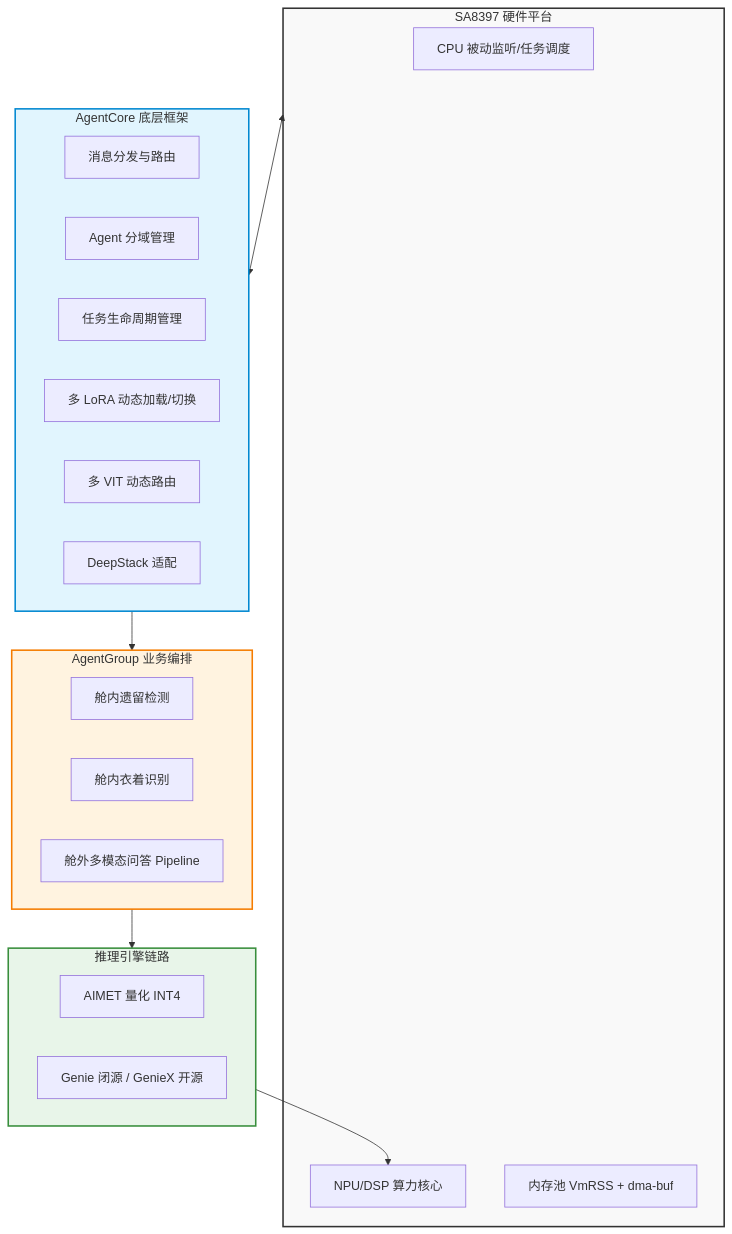
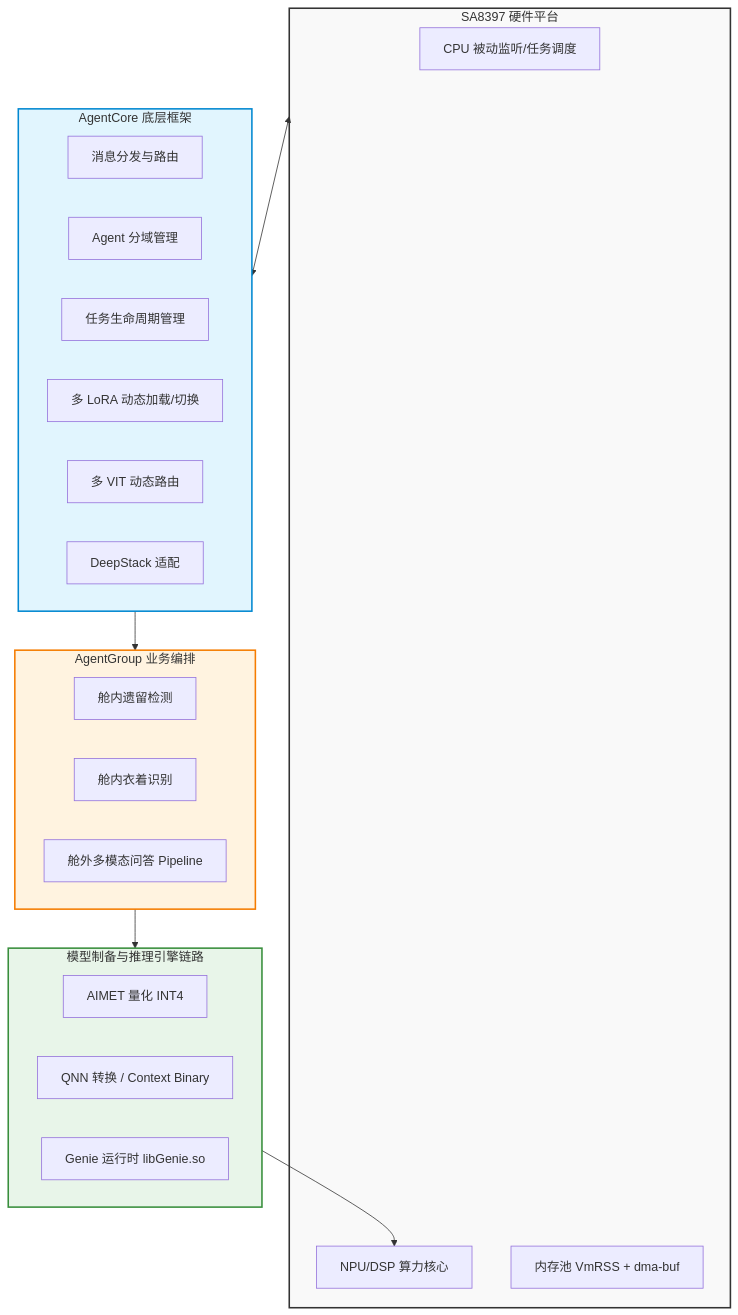
The first of 4 diagrams in cockpit/projects/lantu/genai-architecture.md (ranpin/edge-ai-docs), drawn with Mermaid before and after one commit. The commit also changed other lines of this file and 10 other files, not shown here.

First line of the commit message:
refactor: 岚图项目层专家级修订（8→7 篇收敛 + 数据严谨性 + 车规内容充实）

````diff
--- a/cockpit/projects/lantu/genai-architecture.md
+++ b/cockpit/projects/lantu/genai-architecture.md
@@ -32,38 +37,39 @@
 ```mermaid
 graph TD
     subgraph Hardware [SA8397 硬件平台]
         CPU[CPU 被动监听/任务调度]
         NPU[NPU/DSP 算力核心]
         MEM[内存池 VmRSS + dma-buf]
     end
 
     subgraph AgentCore [AgentCore 底层框架]
         Msg[消息分发与路由]
         Domain[Agent 分域管理]
         Task[任务生命周期管理]
         LoRA[多 LoRA 动态加载/切换]
         VIT_R[多 VIT 动态路由]
         Deep[DeepStack 适配]
     end
 
     subgraph AgentGroup [AgentGroup 业务编排]
         Cabin_Left[舱内遗留检测]
         Cabin_Cloth[舱内衣着识别]
         Outside_QA[舱外多模态问答 Pipeline]
     end
 
-    subgraph Inference [推理引擎链路]
+    subgraph Inference [模型制备与推理引擎链路]
         AIMET[AIMET 量化 INT4]
-        Genie[Genie 闭源 / GenieX 开源]
+        CTX[QNN 转换 / Context Binary]
+        Genie[Genie 运行时 libGenie.so]
     end
 
     Hardware <--> AgentCore
     AgentCore --> AgentGroup
     AgentGroup --> Inference
     Inference --> NPU
 
     style Hardware fill:#f9f9f9,stroke:#333,stroke-width:2px
     style AgentCore fill:#e1f5fe,stroke:#0288d1,stroke-width:2px
     style AgentGroup fill:#fff3e0,stroke:#f57c00,stroke-width:2px
     style Inference fill:#e8f5e9,stroke:#388e3c,stroke-width:2px
 ```
````
